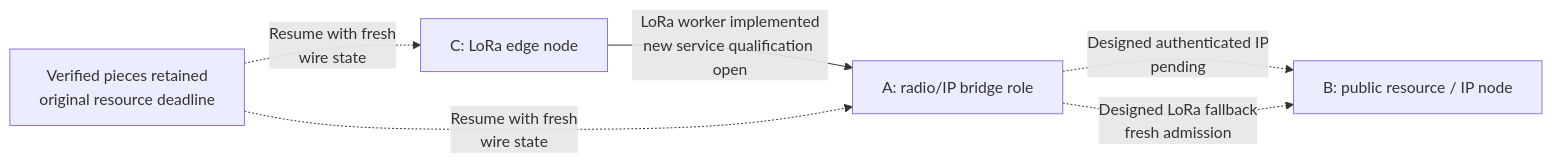
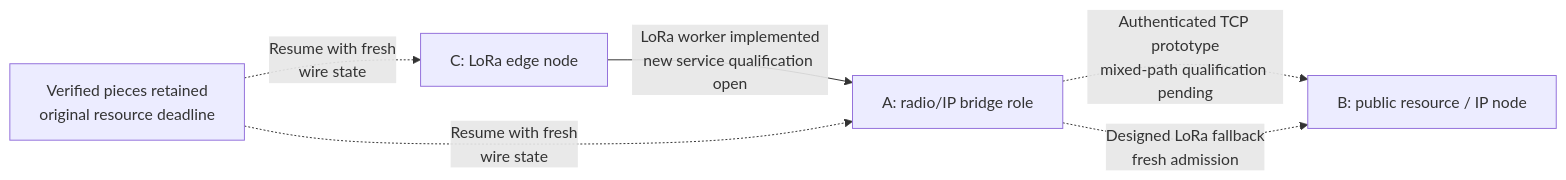
One commit to l33tdawg/meshticulum changed the third of 3 diagrams in docs/ARCHITECTURE.md. Above: the diagram before and after it, drawn with Mermaid. The commit also changed other lines of this file and 20 other files, not shown here.

Commit message:
Add authenticated TCP source carrier with durable byte accounting

````diff
--- a/docs/ARCHITECTURE.md
+++ b/docs/ARCHITECTURE.md
@@ -178,13 +178,13 @@
 ```mermaid
 flowchart LR
     C["C: LoRa edge node"]
     A["A: radio/IP bridge role"]
     B["B: public resource / IP node"]
 
     C -->|"LoRa worker implemented<br/>new service qualification open"| A
-    A -. "Designed authenticated IP<br/>pending" .-> B
+    A -. "Authenticated TCP prototype<br/>mixed-path qualification pending" .-> B
     A -. "Designed LoRa fallback<br/>fresh admission" .-> B
     Content["Verified pieces retained<br/>original resource deadline"]
     Content -. "Resume with fresh<br/>wire state" .-> C
     Content -. "Resume with fresh<br/>wire state" .-> A
 ```
````
